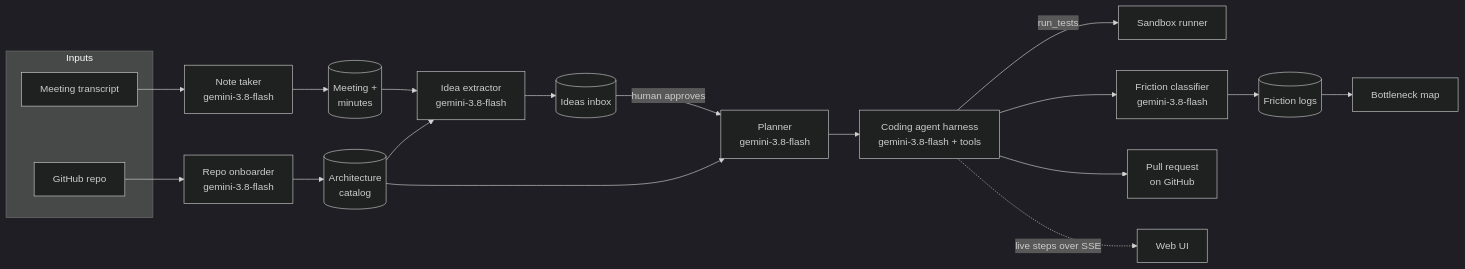
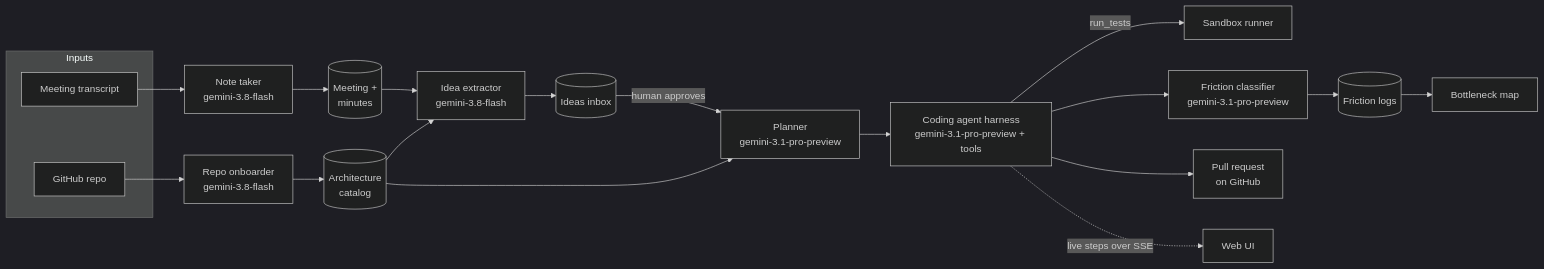
Before and after one commit to hamzam1997/tryout: the first of 2 diagrams in README.md, drawn with Mermaid (dark theme). The commit also changed other lines of this file and 4 other files, not shown here.

````diff
--- a/README.md
+++ b/README.md
@@ -81,21 +84,21 @@
 ```mermaid
 flowchart LR
     subgraph Inputs
         R[GitHub repo]
         T[Meeting transcript]
     end
     R --> O[Repo onboarder<br/>gemini-3.8-flash] --> C[(Architecture<br/>catalog)]
     T --> N[Note taker<br/>gemini-3.8-flash] --> M[(Meeting +<br/>minutes)]
     M --> X[Idea extractor<br/>gemini-3.8-flash]
     C --> X
     X --> I[(Ideas inbox)]
-    I -- human approves --> P[Planner<br/>gemini-3.8-flash]
+    I -- human approves --> P[Planner<br/>gemini-3.1-pro-preview]
     C --> P
-    P --> H[Coding agent harness<br/>gemini-3.8-flash + tools]
+    P --> H[Coding agent harness<br/>gemini-3.1-pro-preview + tools]
     H -- run_tests --> S[Sandbox runner]
-    H --> F[Friction classifier<br/>gemini-3.8-flash]
+    H --> F[Friction classifier<br/>gemini-3.1-pro-preview]
     F --> L[(Friction logs)]
     H --> PR[Pull request<br/>on GitHub]
     L --> B[Bottleneck map]
     H -. live steps over SSE .-> UI[Web UI]
 ```
````
